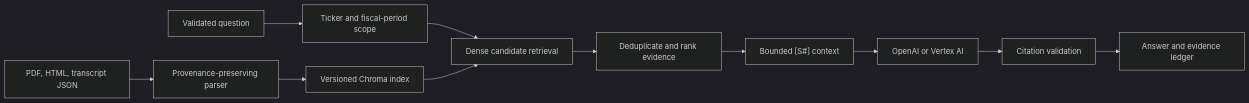
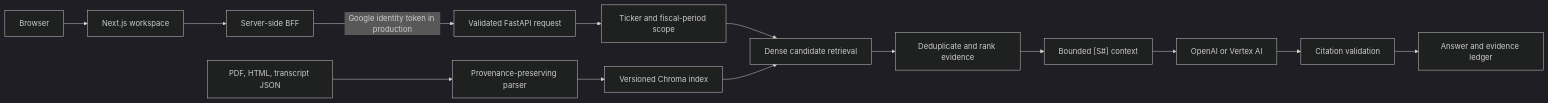
The diagram in README.md (ARJUNVARMA2000/filing-intelligence-rag), drawn with Mermaid (dark theme) before and after one commit. The commit also changed other lines of this file and 59 other files, not shown here.

Commit message:
Replace the research workspace with Next.js

````diff
--- a/README.md
+++ b/README.md
@@ -40,13 +59,16 @@
 ```mermaid
 flowchart LR
-    Q["Validated question"] --> S["Ticker and fiscal-period scope"]
+    B["Browser"] --> F["Next.js workspace"]
+    F --> X["Server-side BFF"]
+    X -->|"Google identity token in production"| Q["Validated FastAPI request"]
+    Q --> S["Ticker and fiscal-period scope"]
     S --> R["Dense candidate retrieval"]
     R --> K["Deduplicate and rank evidence"]
     K --> C["Bounded [S#] context"]
     C --> L["OpenAI or Vertex AI"]
     L --> V["Citation validation"]
     V --> A["Answer and evidence ledger"]
     D["PDF, HTML, transcript JSON"] --> P["Provenance-preserving parser"]
     P --> I["Versioned Chroma index"]
     I --> R
 ```
````
